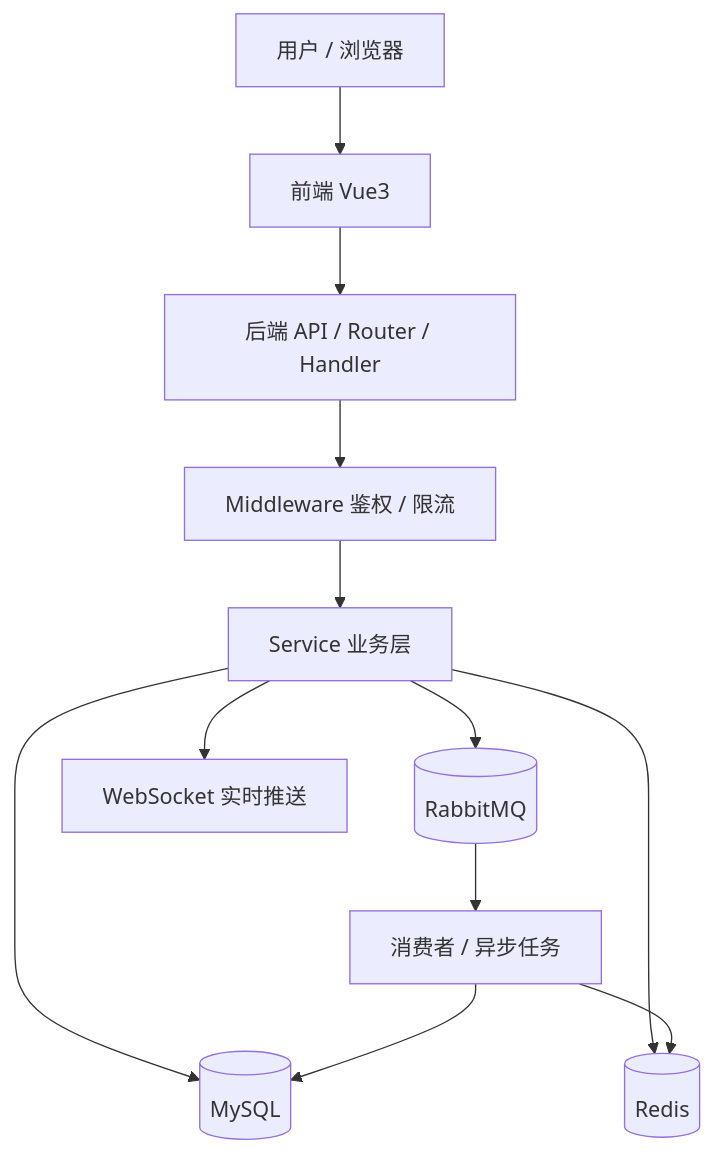
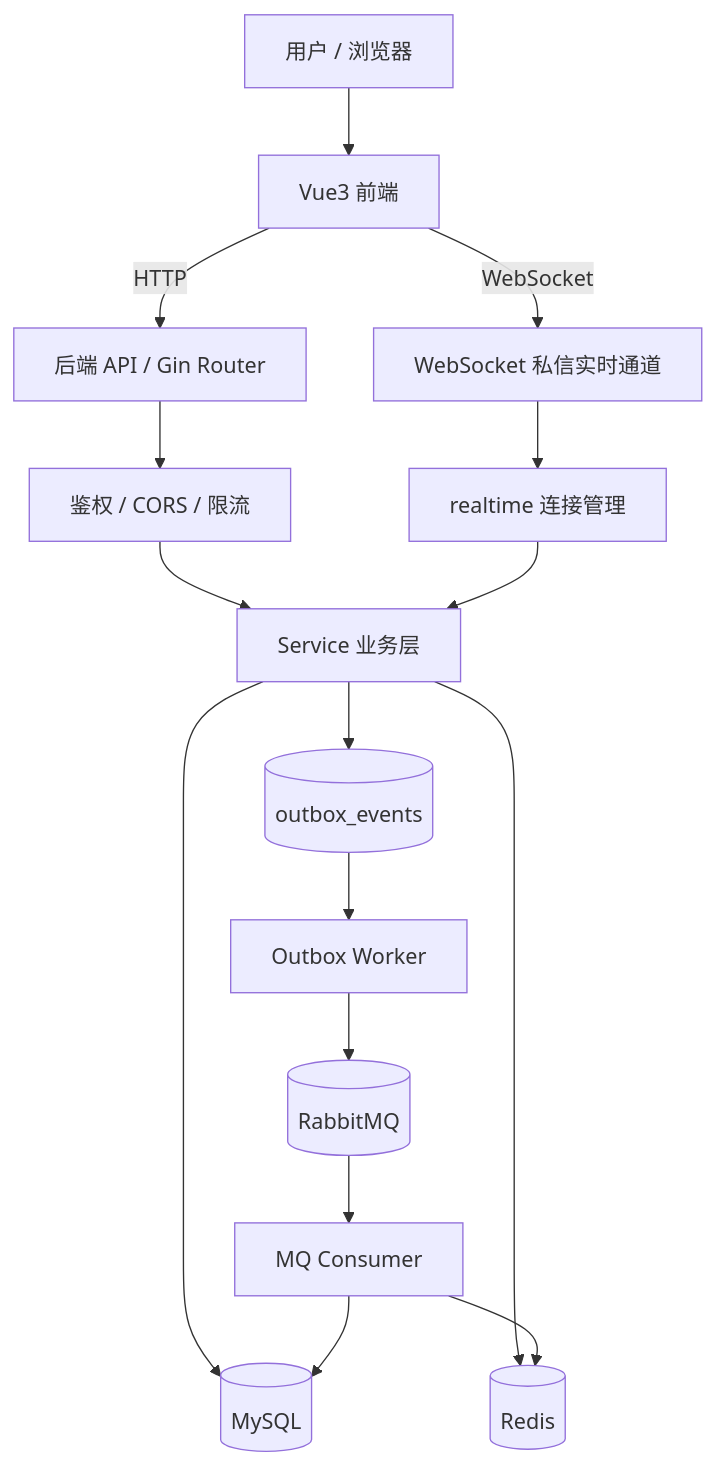
One commit to hzEnv71/feedlink changed the first of 6 diagrams in README.md. Above: the diagram before and after it, drawn with Mermaid. The commit also changed other lines of this file and 36 other files, not shown here.

````diff
--- a/README.md
+++ b/README.md
@@ -17,14 +22,18 @@
 ```mermaid
 flowchart TB
-    U[用户 / 浏览器] --> FE[前端 Vue3]
-    FE --> API[后端 API / Router / Handler]
-    API --> MW[Middleware 鉴权 / 限流]
+    U[用户 / 浏览器] --> FE[Vue3 前端]
+    FE -->|HTTP| API[后端 API / Gin Router]
+    FE -->|WebSocket| WS[WebSocket 私信实时通道]
+    API --> MW[鉴权 / CORS / 限流]
     MW --> SVC[Service 业务层]
     SVC --> DB[(MySQL)]
     SVC --> R[(Redis)]
-    SVC --> MQ[(RabbitMQ)]
-    SVC --> WS[WebSocket 实时推送]
-    MQ --> C[消费者 / 异步任务]
-    C --> DB
-    C --> R
+    SVC --> OB[(outbox_events)]
+    OB --> OW[Outbox Worker]
+    OW --> MQ[(RabbitMQ)]
+    MQ --> MC[MQ Consumer]
+    MC --> DB
+    MC --> R
+    WS --> RT[realtime 连接管理]
+    RT --> SVC
 ```
````
